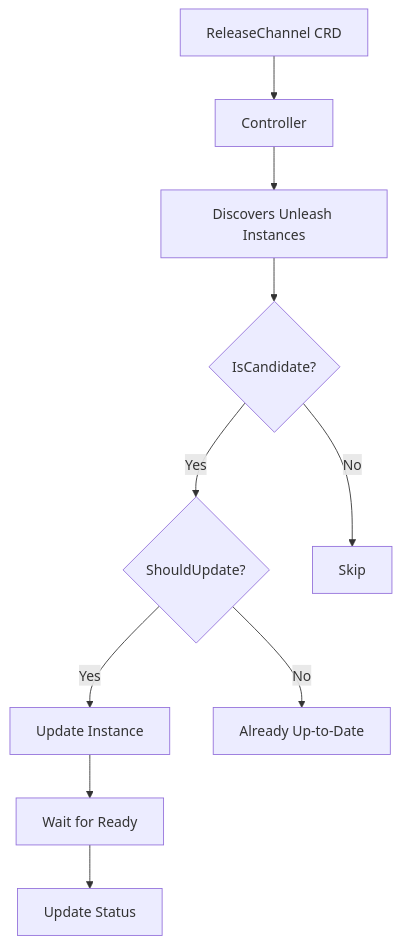
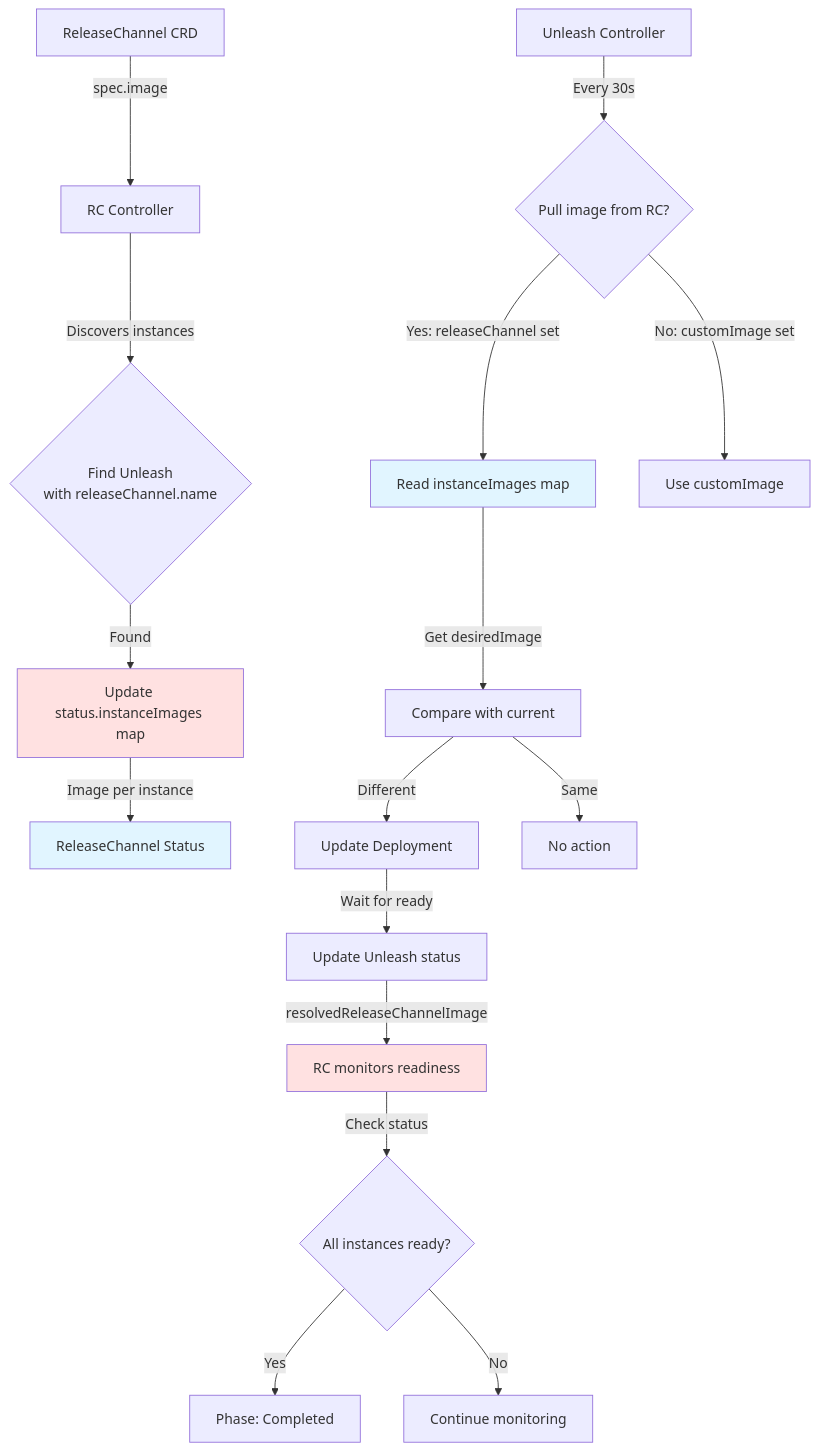
One commit to nais/unleasherator changed the diagram in docs/releasechannel.md. Above: the diagram before and after it, drawn with Mermaid. The commit also changed other lines of this file, not shown here.

Commit message:
refactor: Update ReleaseChannel documentation to clarify pull-based coordination model and enhance architecture overview

````diff
--- a/docs/releasechannel.md
+++ b/docs/releasechannel.md
@@ -479,12 +497,26 @@
 ```mermaid
 graph TD
-    A[ReleaseChannel CRD] --> B[Controller]
-    B --> C[Discovers Unleash Instances]
-    C --> D{IsCandidate?}
-    D -->|Yes| E{ShouldUpdate?}
-    D -->|No| F[Skip]
-    E -->|Yes| G[Update Instance]
-    E -->|No| H[Already Up-to-Date]
-    G --> I[Wait for Ready]
-    I --> J[Update Status]
+    A[ReleaseChannel CRD] -->|spec.image| B[RC Controller]
+    B -->|Discovers instances| C{Find Unleash<br/>with releaseChannel.name}
+    C -->|Found| D[Update status.instanceImages map]
+    D -->|Image per instance| E[ReleaseChannel Status]
+
+    F[Unleash Controller] -->|Every 30s| G{Pull image from RC?}
+    G -->|Yes: releaseChannel set| H[Read instanceImages map]
+    H -->|Get desiredImage| I[Compare with current]
+    I -->|Different| J[Update Deployment]
+    I -->|Same| K[No action]
+
+    J -->|Wait for ready| L[Update Unleash status]
+    L -->|resolvedReleaseChannelImage| M[RC monitors readiness]
+    M -->|Check status| N{All instances ready?}
+    N -->|Yes| O[Phase: Completed]
+    N -->|No| P[Continue monitoring]
+
+    G -->|No: customImage set| Q[Use customImage]
+
+    style E fill:#e1f5ff
+    style H fill:#e1f5ff
+    style D fill:#ffe1e1
+    style M fill:#ffe1e1
 ```
````
